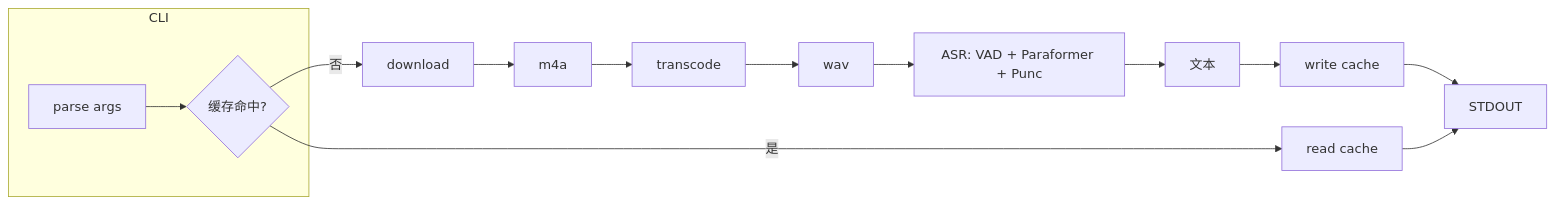
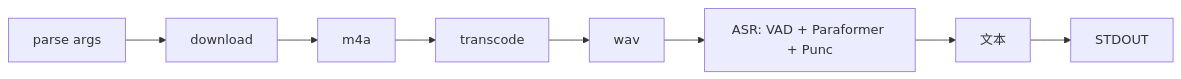
The third of 5 diagrams in docs/dev.md (kechengzhang28/Vid2Text-Skill), drawn with Mermaid before and after one commit. The commit also changed other lines of this file and 2 other files, not shown here.

First line of the commit message:
docs: improve project documentation and remove cache design

````diff
--- a/docs/dev.md
+++ b/docs/dev.md
@@ -80,16 +68,10 @@
 ```mermaid
 flowchart LR
-    subgraph CLI
-        A[parse args] --> B{缓存命中?}
-    end
-    B -->|否| C[download]
-    C --> D[m4a]
-    D --> E[transcode]
-    E --> F[wav]
-    F --> G[ASR: VAD + Paraformer + Punc]
-    G --> H[文本]
-    H --> I[write cache]
-    I --> J[STDOUT]
-    B -->|是| K[read cache]
-    K --> J
+    A[parse args] --> B[download]
+    B --> C[m4a]
+    C --> D[transcode]
+    D --> E[wav]
+    E --> F[ASR: VAD + Paraformer + Punc]
+    F --> G[文本]
+    G --> H[STDOUT]
 ```
````
